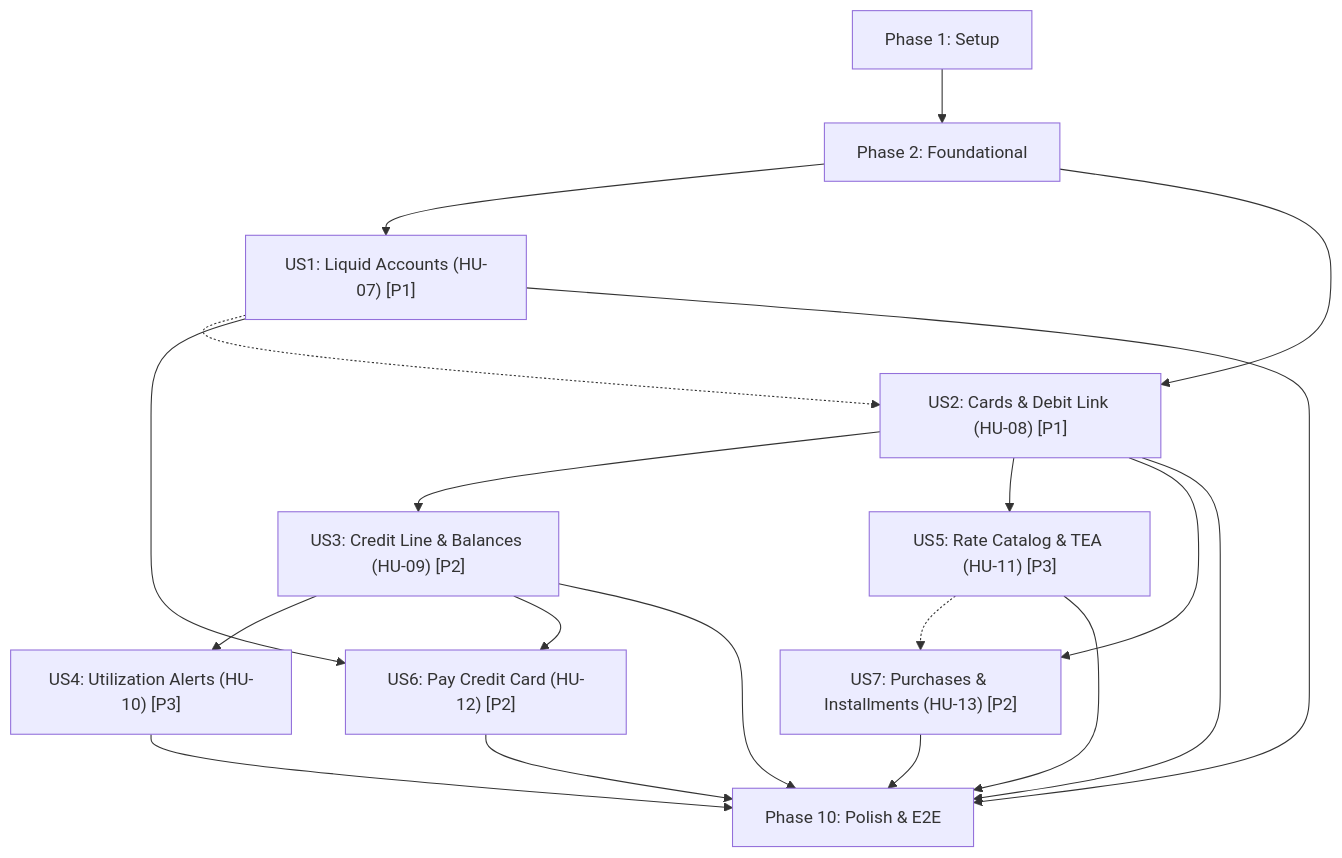
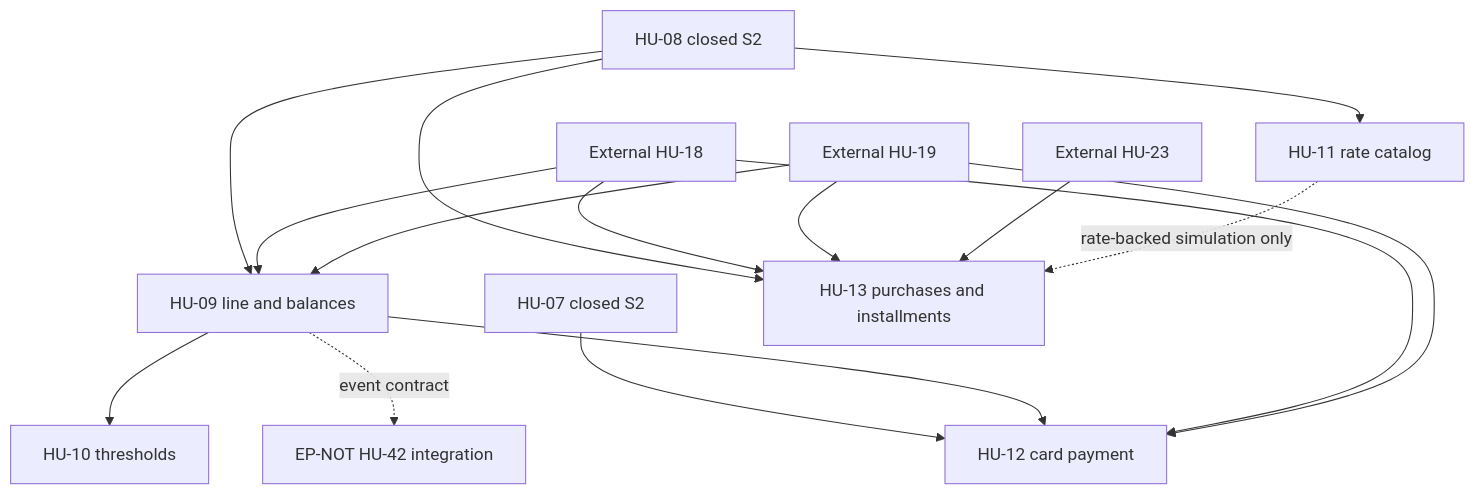
Before and after one commit to LeonidasGarcia/Kipu: the diagram in specs/002-ep-cta-cuentas-tarjetas/tasks.md, drawn with Mermaid. The commit also changed other lines of this file and 51 other files, not shown here.

Commit message:
chore(sprint-3): close EP-CTA credit and card delivery

````diff
--- a/specs/002-ep-cta-cuentas-tarjetas/tasks.md
+++ b/specs/002-ep-cta-cuentas-tarjetas/tasks.md
@@ -232,21 +251,18 @@
 ```mermaid
 flowchart TD
-    Setup["Phase 1: Setup"] --> Foundational["Phase 2: Foundational"]
-    Foundational --> US1["US1: Liquid Accounts (HU-07) [P1]"]
-    Foundational --> US2["US2: Cards & Debit Link (HU-08) [P1]"]
-    US1 -.-> US2
-    US2 --> US3["US3: Credit Line & Balances (HU-09) [P2]"]
-    US3 --> US4["US4: Utilization Alerts (HU-10) [P3]"]
-    US2 --> US5["US5: Rate Catalog & TEA (HU-11) [P3]"]
-    US1 --> US6["US6: Pay Credit Card (HU-12) [P2]"]
-    US3 --> US6
-    US2 --> US7["US7: Purchases & Installments (HU-13) [P2]"]
-    US5 -.-> US7
-    US1 --> Polish["Phase 10: Polish & E2E"]
-    US2 --> Polish
-    US3 --> Polish
-    US4 --> Polish
-    US5 --> Polish
-    US6 --> Polish
-    US7 --> Polish
+    HU07["HU-07 closed S2"] --> HU12["HU-12 card payment"]
+    HU08["HU-08 closed S2"] --> HU09["HU-09 line and balances"]
+    HU18["External HU-18"] --> HU09
+    HU19["External HU-19"] --> HU09
+    HU09 --> HU10["HU-10 thresholds"]
+    HU09 -. "event contract" .-> HU42["EP-NOT HU-42 integration"]
+    HU08 --> HU11["HU-11 rate catalog"]
+    HU09 --> HU12
+    HU18 --> HU12
+    HU19 --> HU12
+    HU08 --> HU13["HU-13 purchases and installments"]
+    HU18 --> HU13
+    HU19 --> HU13
+    HU23["External HU-23"] --> HU13
+    HU11 -. "rate-backed simulation only" .-> HU13
 ```
````
